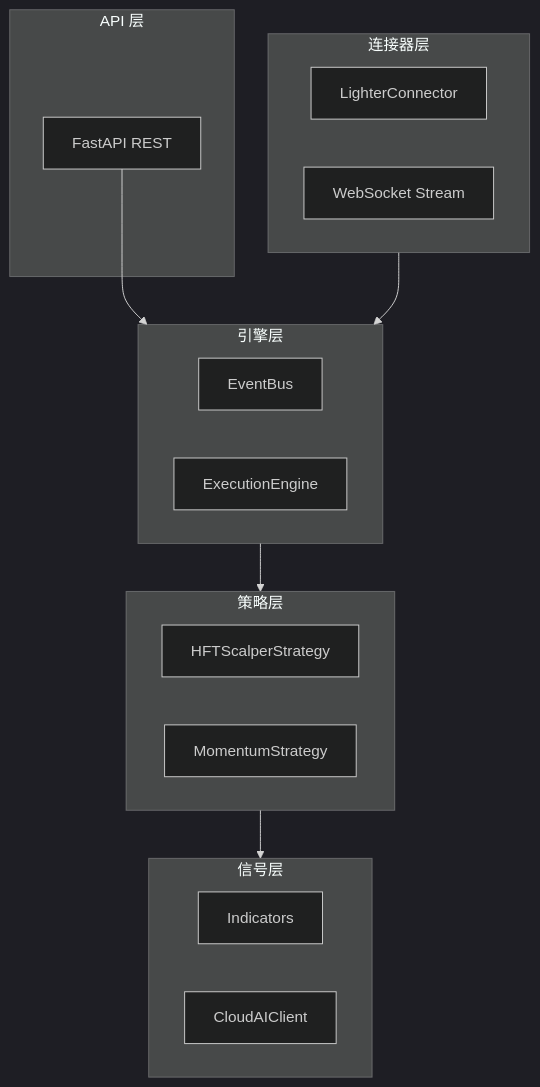
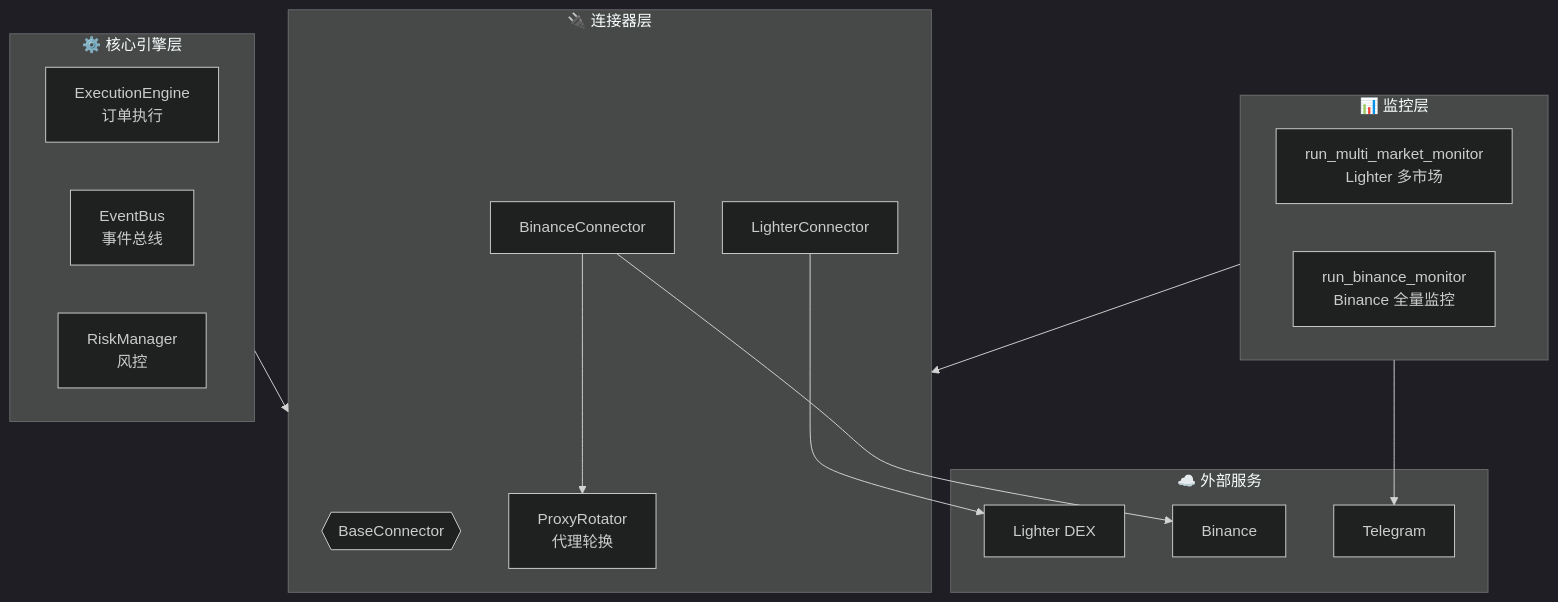
The first of 4 diagrams in architecture_design.md (aakaka525-design/auto-trade), drawn with Mermaid (dark theme) before and after one commit. The commit also changed other lines of this file and 30 other files, not shown here.

````diff
--- a/architecture_design.md
+++ b/architecture_design.md
@@ -5,31 +11,33 @@
 ```mermaid
 flowchart TB
-    subgraph API["API 层"]
-        REST[FastAPI REST]
+    subgraph Monitoring["📊 监控层"]
+        LMM[run_multi_market_monitor<br/>Lighter 多市场]
+        BMM[run_binance_monitor<br/>Binance 全量监控]
     end
     
-    subgraph Engine["引擎层"]
-        EB[EventBus]
-        EE[ExecutionEngine]
+    subgraph Engine["⚙️ 核心引擎层"]
+        EE[ExecutionEngine<br/>订单执行]
+        EB[EventBus<br/>事件总线]
+        RM[RiskManager<br/>风控]
     end
     
-    subgraph Strategy["策略层"]
-        HFT[HFTScalperStrategy]
-        MOM[MomentumStrategy]
+    subgraph Connectors["🔌 连接器层"]
+        BC{{BaseConnector}}
+        LC[LighterConnector]
+        BNC[BinanceConnector]
+        PR[ProxyRotator<br/>代理轮换]
     end
     
-    subgraph Signals["信号层"]
-        IND[Indicators]
-        AI[CloudAIClient]
+    subgraph External["☁️ 外部服务"]
+        DEX[Lighter DEX]
+        CEX[Binance]
+        TG[Telegram]
     end
     
-    subgraph Connectors["连接器层"]
-        LC[LighterConnector]
-        WS[WebSocket Stream]
-    end
-    
-    REST --> Engine
-    Engine --> Strategy
-    Strategy --> Signals
-    Connectors --> Engine
+    Monitoring --> Connectors
+    Engine --> Connectors
+    LC --> DEX
+    BNC --> CEX
+    BNC --> PR
+    Monitoring --> TG
 ```
````
